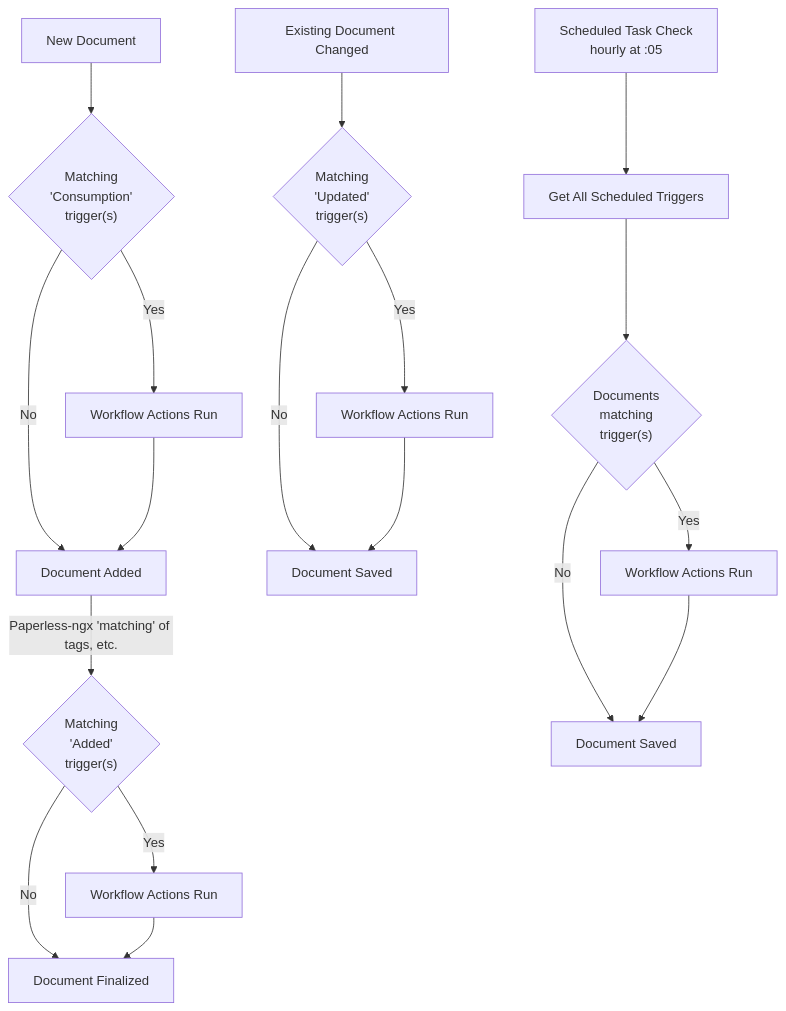
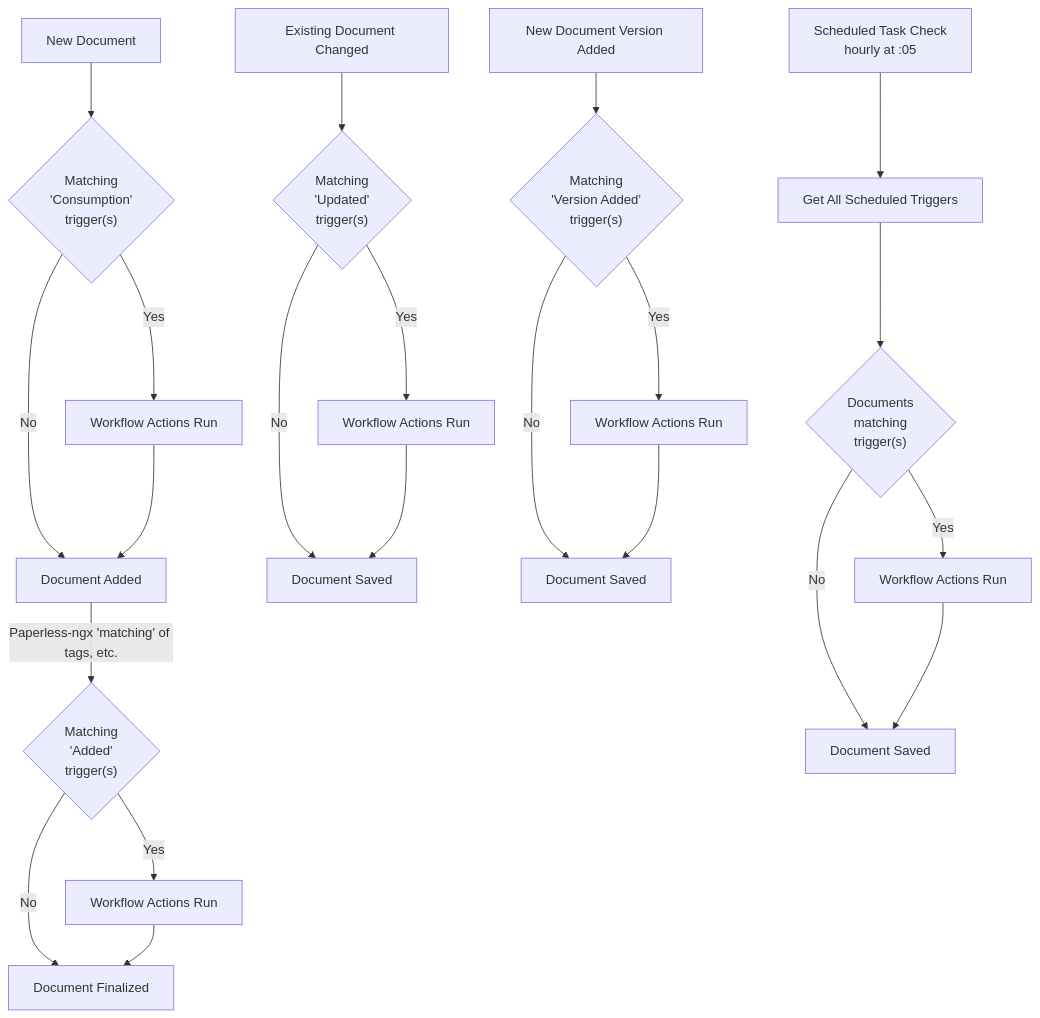
One commit to paperless-ngx/paperless-ngx changed the diagram in docs/usage.md. Above: the diagram before and after it, drawn with Mermaid.

Commit message:
Add to diagram

````diff
--- a/docs/usage.md
+++ b/docs/usage.md
@@ -477,36 +477,44 @@
 ```mermaid
 flowchart TD
     consumption{"Matching
     'Consumption'
     trigger(s)"}
 
     added{"Matching
     'Added'
     trigger(s)"}
 
     updated{"Matching
     'Updated'
+    trigger(s)"}
+
+    version{"Matching
+    'Version Added'
     trigger(s)"}
 
     scheduled{"Documents
     matching
     trigger(s)"}
 
     A[New Document] --> consumption
     consumption --> |Yes| C[Workflow Actions Run]
     consumption --> |No| D
     C --> D[Document Added]
     D -- Paperless-ngx 'matching' of tags, etc. --> added
     added --> |Yes| F[Workflow Actions Run]
     added --> |No| G
     F --> G[Document Finalized]
     H[Existing Document Changed] --> updated
     updated --> |Yes| J[Workflow Actions Run]
     updated --> |No| K
     J --> K[Document Saved]
-    L[Scheduled Task Check<br/>hourly at :05] --> M[Get All Scheduled Triggers]
-    M --> scheduled
-    scheduled --> |Yes| N[Workflow Actions Run]
-    scheduled --> |No| O[Document Saved]
-    N --> O
+    L[New Document Version Added] --> version
+    version --> |Yes| V[Workflow Actions Run]
+    version --> |No| W
+    V --> W[Document Saved]
+    X[Scheduled Task Check<br/>hourly at :05] --> Y[Get All Scheduled Triggers]
+    Y --> scheduled
+    scheduled --> |Yes| Z[Workflow Actions Run]
+    scheduled --> |No| AA[Document Saved]
+    Z --> AA
 ```
````
